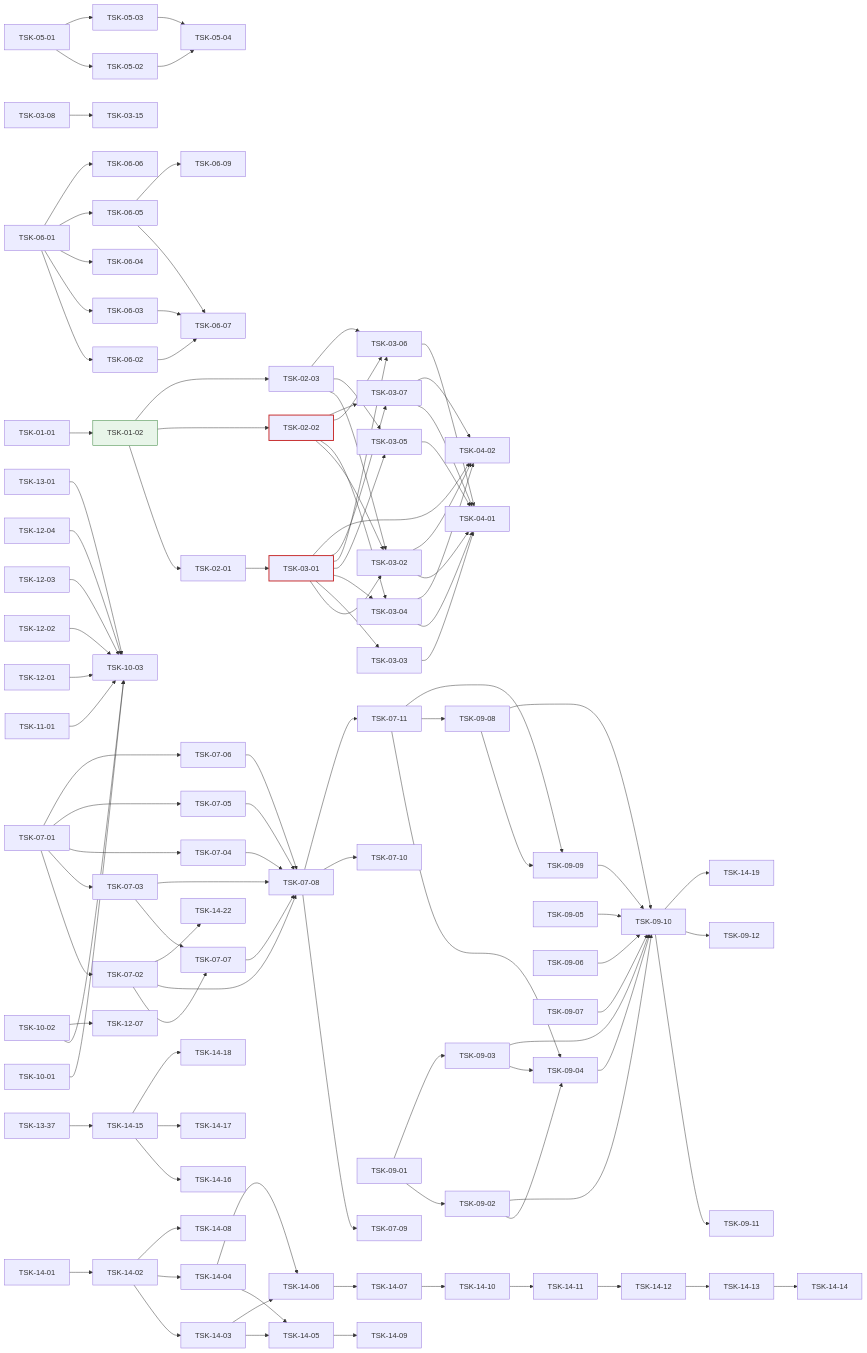
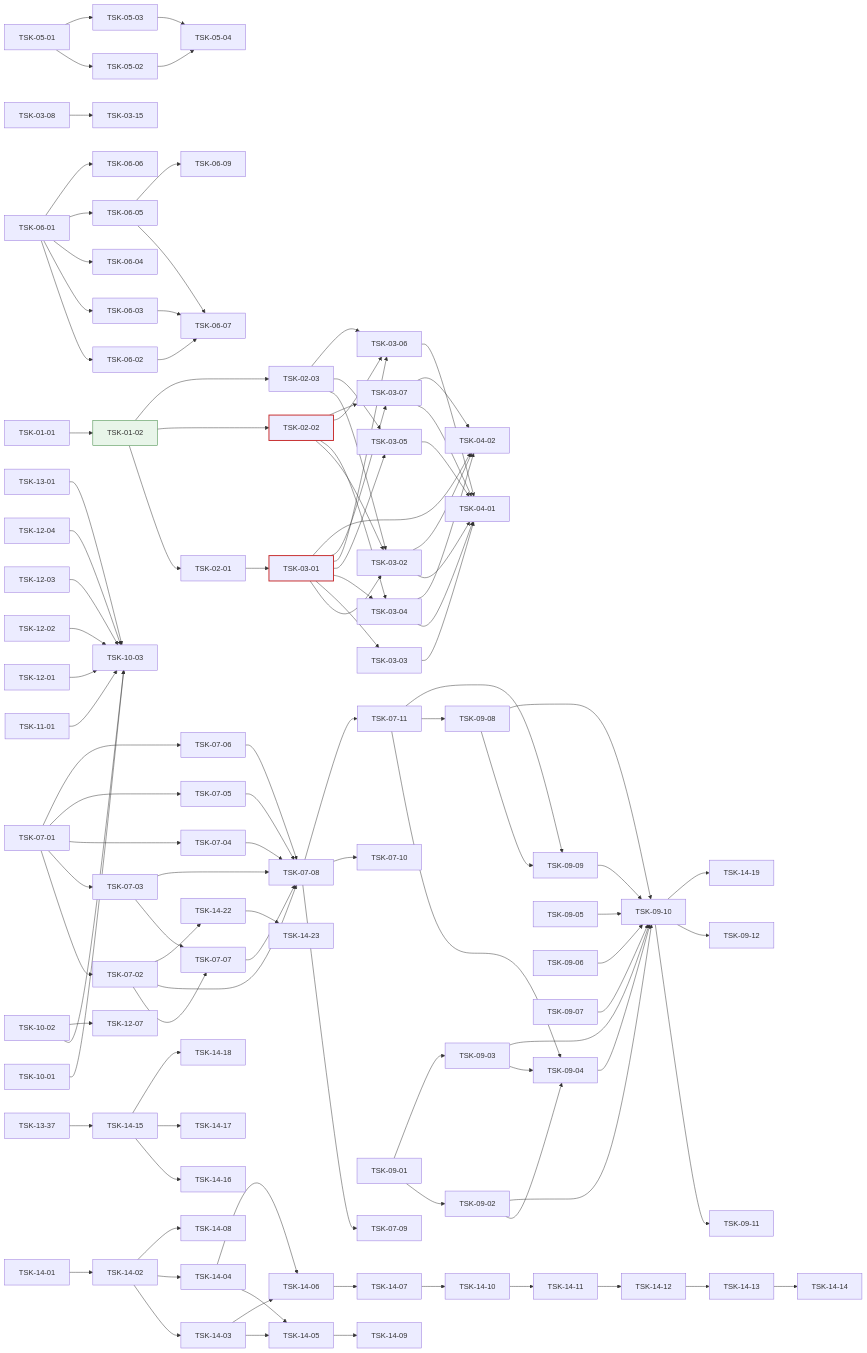
The diagram in docs/oranda1/wbs.md (jongik-sv/oranda), drawn with Mermaid before and after one commit. The commit also changed other lines of this file and 21 other files, not shown here.

```diff
--- a/docs/oranda1/wbs.md
+++ b/docs/oranda1/wbs.md
@@ -1314,6 +1326,7 @@
   TSK-14-15 --> TSK-14-18
   TSK-09-10 --> TSK-14-19
   TSK-07-02 --> TSK-14-22
+  TSK-14-22 --> TSK-14-23
   style TSK-01-02 fill:#e8f5e9,stroke:#2e7d32
   style TSK-03-01 stroke:#c62828,stroke-width:2px
   style TSK-02-02 stroke:#c62828,stroke-width:2px
```
